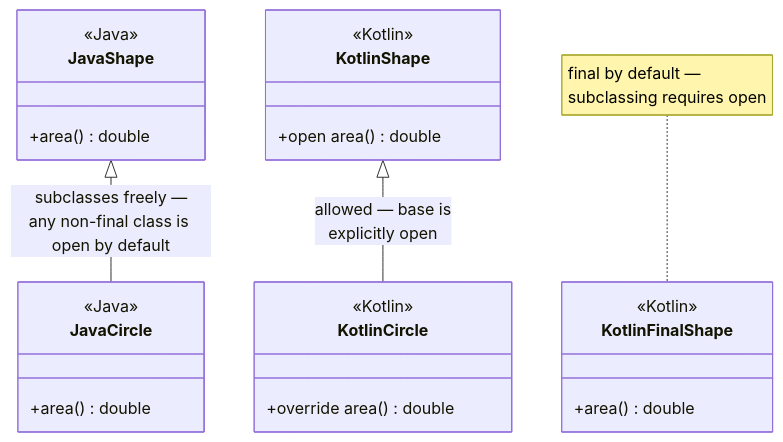
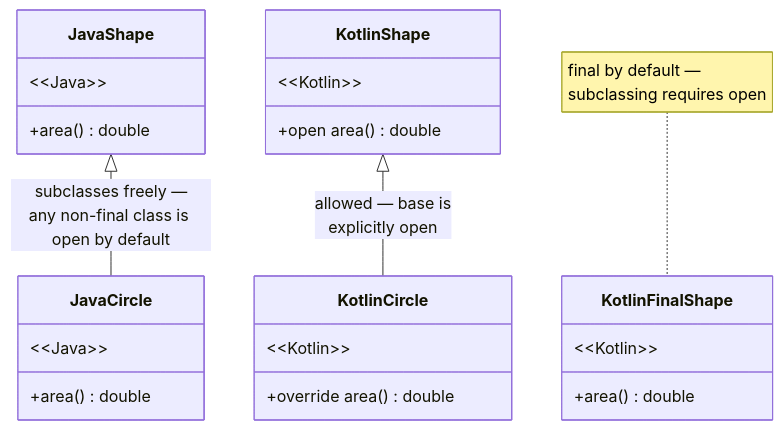
The diagram in modules/ROOT/pages/programming-languages/kotlin/inheritance-and-interfaces.adoc (albertoirurueta/docs), drawn with Mermaid before and after one commit. The commit also changed 10 other files, not shown here.

First line of the commit message:
Fix Mermaid diagrams broken by HTML-parsed stereotypes

```diff
--- a/modules/ROOT/pages/programming-languages/kotlin/inheritance-and-interfaces.adoc
+++ b/modules/ROOT/pages/programming-languages/kotlin/inheritance-and-interfaces.adoc
@@ -110,28 +110,28 @@
 [mermaid]
 ....
 classDiagram
     class JavaShape {
-        <<Java>>
+        &lt;&lt;Java&gt;&gt;
         +area() double
     }
     class JavaCircle {
-        <<Java>>
+        &lt;&lt;Java&gt;&gt;
         +area() double
     }
     JavaShape <|-- JavaCircle : subclasses freely —<br/>any non-final class is open by default
 
     class KotlinShape {
-        <<Kotlin>>
+        &lt;&lt;Kotlin&gt;&gt;
         +open area() double
     }
     class KotlinCircle {
-        <<Kotlin>>
+        &lt;&lt;Kotlin&gt;&gt;
         +override area() double
     }
     class KotlinFinalShape {
-        <<Kotlin>>
+        &lt;&lt;Kotlin&gt;&gt;
         +area() double
     }
     KotlinShape <|-- KotlinCircle : allowed — base is<br/>explicitly open
     note for KotlinFinalShape "final by default —<br/>subclassing requires open"
 ....
```
